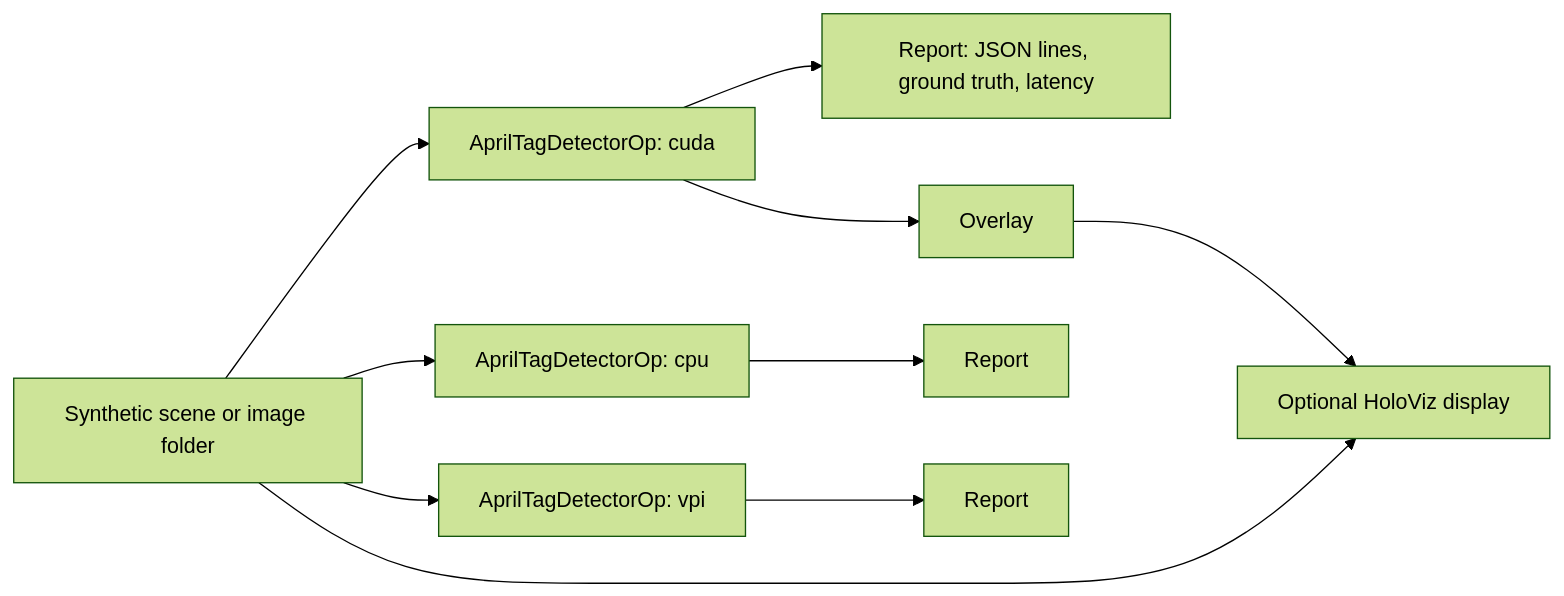
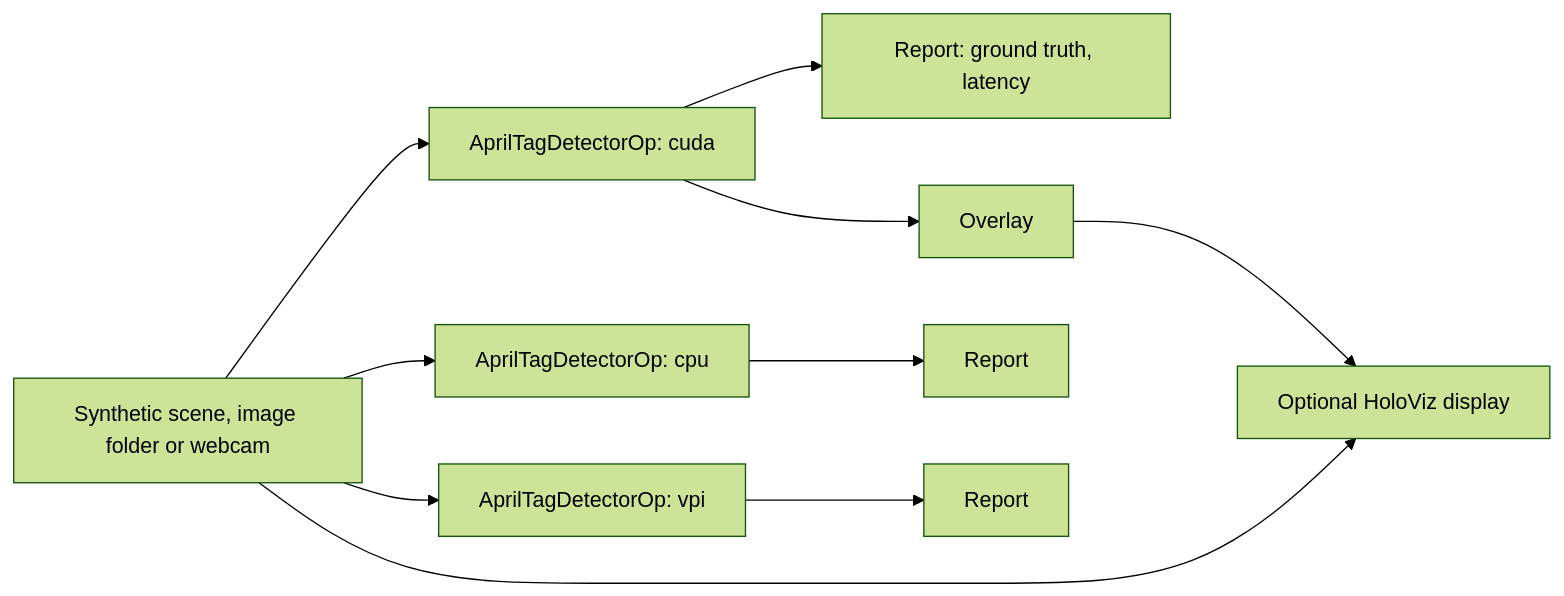
The diagram in applications/apriltag_detection/README.md (nvidia-holoscan/holoscan-applications), drawn with Mermaid (forest theme) before and after one commit. The commit also changed other lines of this file and 1 other file, not shown here.

````diff
--- a/applications/apriltag_detection/README.md
+++ b/applications/apriltag_detection/README.md
@@ -10,11 +9,11 @@
 ```mermaid
 flowchart LR
-    S[Synthetic scene or image folder] --> D1[AprilTagDetectorOp: cuda]
+    S[Synthetic scene, image folder or webcam] --> D1[AprilTagDetectorOp: cuda]
     S --> D2[AprilTagDetectorOp: cpu]
     S --> D3[AprilTagDetectorOp: vpi]
-    D1 --> R1[Report: JSON lines, ground truth, latency]
+    D1 --> R1[Report: ground truth, latency]
     D2 --> R2[Report]
     D3 --> R3[Report]
     D1 --> O[Overlay] --> V[Optional HoloViz display]
     S --> V
 ```
````
